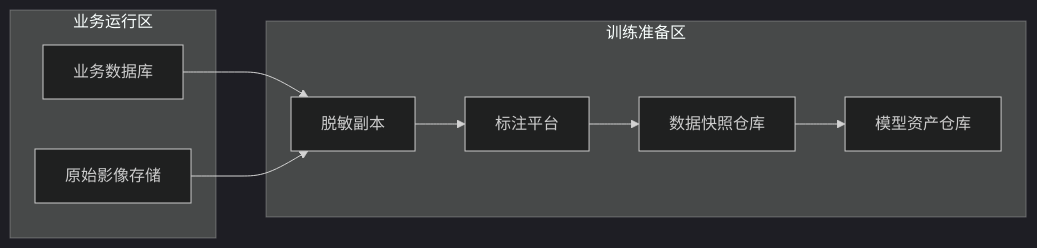
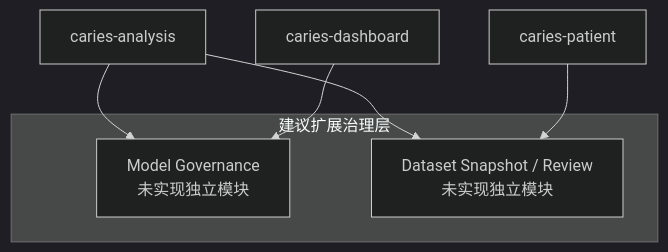
One commit to lizhuoheng47/caries_guard changed the seventh of 7 diagrams in Documents/02_UML图集.md. Above: the diagram before and after it, drawn with Mermaid (dark theme). The commit also changed other lines of this file and 83 other files, not shown here.

First line of the commit message:
docs(architecture): 添加系统架构与开发规范文档

````diff
--- a/Documents/02_UML图集.md
+++ b/Documents/02_UML图集.md
@@ -602,20 +209,12 @@
 ```mermaid
-graph LR
-    subgraph Biz[业务运行区]
-        B1[业务数据库]
-        B2[原始影像存储]
+flowchart TB
+    subgraph Governance[建议扩展治理层]
+        ModelGov[Model Governance\n未实现独立模块]
+        DatasetGov[Dataset Snapshot / Review\n未实现独立模块]
     end
 
-    subgraph TrainZone[训练准备区]
-        T1[脱敏副本]
-        T2[标注平台]
-        T3[数据快照仓库]
-        T4[模型资产仓库]
-    end
-
-    B1 --> T1
-    B2 --> T1
-    T1 --> T2
-    T2 --> T3
-    T3 --> T4
+    Analysis[caries-analysis] --> ModelGov
+    Analysis --> DatasetGov
+    Dashboard[caries-dashboard] --> ModelGov
+    Patient[caries-patient] --> DatasetGov
 ```
````
